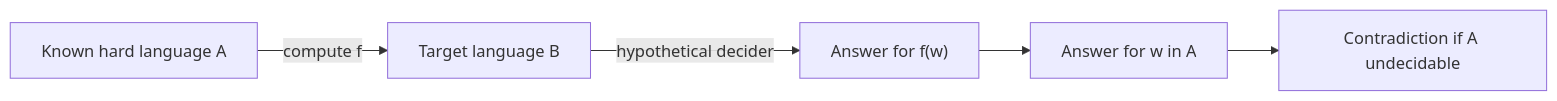
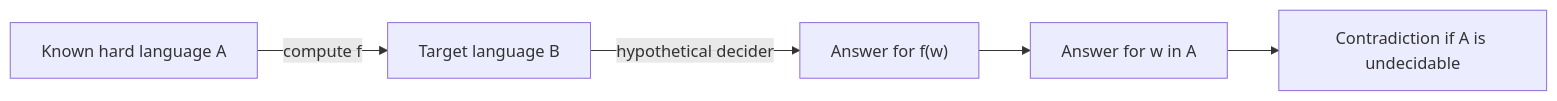
The diagram in docs/cs/theory/reductions-and-the-recursion-theorem.md (justinbrianhwang/SJ-wiki), drawn with Mermaid before and after one commit. The commit also changed other lines of this file and 955 other files, not shown here.

````diff
--- a/docs/cs/theory/reductions-and-the-recursion-theorem.md
+++ b/docs/cs/theory/reductions-and-the-recursion-theorem.md
@@ -51,7 +22,7 @@
 ```mermaid
 graph LR
   A[Known hard language A] -->|compute f| B[Target language B]
   B -->|hypothetical decider| C["Answer for f(w)"]
   C --> D[Answer for w in A]
-  D --> E[Contradiction if A undecidable]
+  D --> E[Contradiction if A is undecidable]
 ```
````
